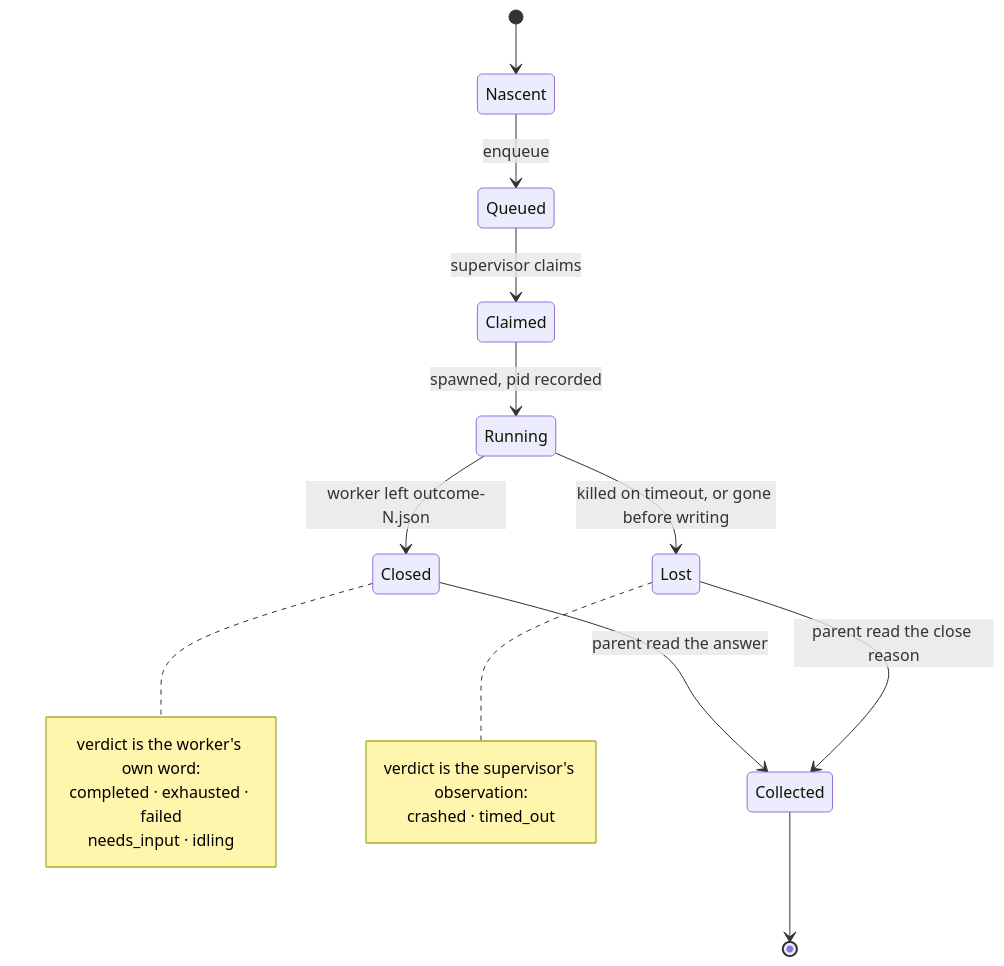
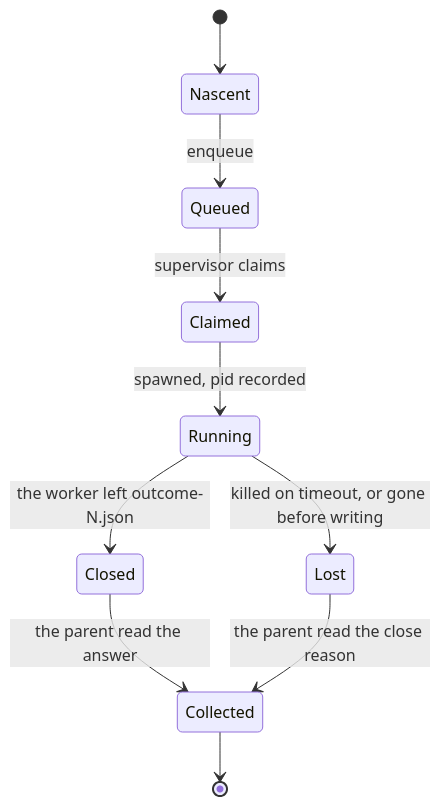
The sixth of 7 diagrams in README.md (avishek-sen-gupta/ancalagon), drawn with Mermaid before and after one commit. The commit also changed other lines of this file, not shown here.

````diff
--- a/README.md
+++ b/README.md
@@ -232,22 +232,12 @@
 ```mermaid
 stateDiagram-v2
     [*] --> Nascent
     Nascent --> Queued: enqueue
     Queued --> Claimed: supervisor claims
     Claimed --> Running: spawned, pid recorded
-    Running --> Closed: worker left outcome-N.json
+    Running --> Closed: the worker left outcome-N.json
     Running --> Lost: killed on timeout, or gone before writing
-    Closed --> Collected: parent read the answer
-    Lost --> Collected: parent read the close reason
+    Closed --> Collected: the parent read the answer
+    Lost --> Collected: the parent read the close reason
     Collected --> [*]
-
-    note right of Closed
-        verdict is the worker's own word:
-        completed · exhausted · failed
-        needs_input · idling
-    end note
-    note right of Lost
-        verdict is the supervisor's observation:
-        crashed · timed_out
-    end note
 ```
````
